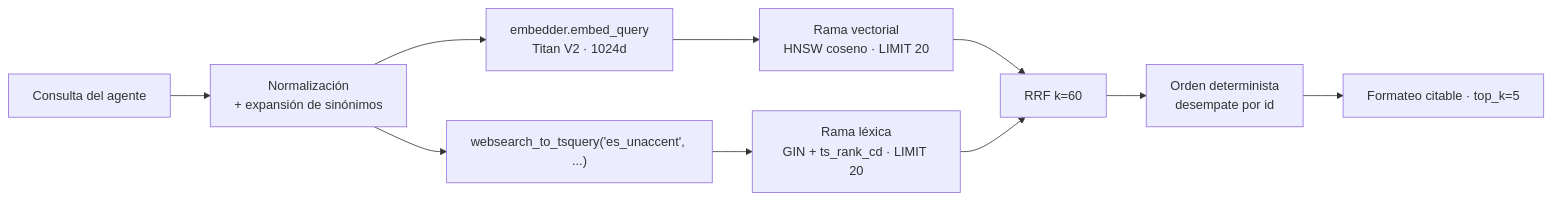
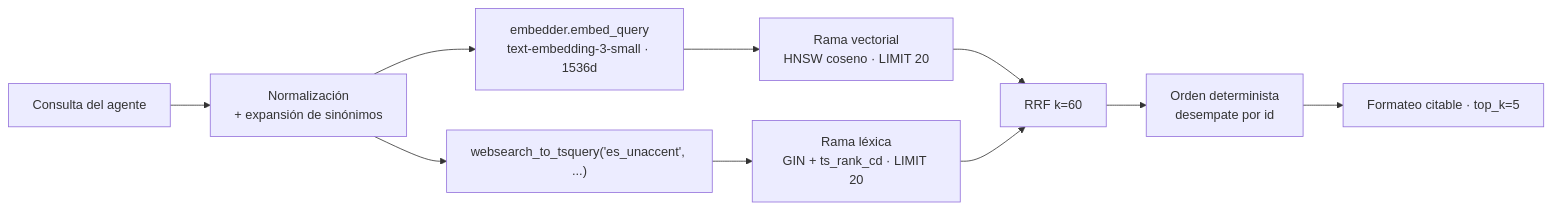
One commit to e2lira/rag-cv changed the diagram in docs/rfc/RFC-0003-retrieval-hibrido-rrf.md. Above: the diagram before and after it, drawn with Mermaid. The commit also changed other lines of this file, not shown here.

````diff
--- a/docs/rfc/RFC-0003-retrieval-hibrido-rrf.md
+++ b/docs/rfc/RFC-0003-retrieval-hibrido-rrf.md
@@ -36,12 +36,12 @@
 ```mermaid
 flowchart LR
     Q["Consulta del agente"] --> N["Normalización<br/>+ expansión de sinónimos"]
-    N --> E["embedder.embed_query<br/>Titan V2 · 1024d"]
+    N --> E["embedder.embed_query<br/>text-embedding-3-small · 1536d"]
     N --> T["websearch_to_tsquery('es_unaccent', ...)"]
     E --> V["Rama vectorial<br/>HNSW coseno · LIMIT 20"]
     T --> L["Rama léxica<br/>GIN + ts_rank_cd · LIMIT 20"]
     V --> R["RRF k=60"]
     L --> R
     R --> D["Orden determinista<br/>desempate por id"]
     D --> F["Formateo citable · top_k=5"]
 ```
````
